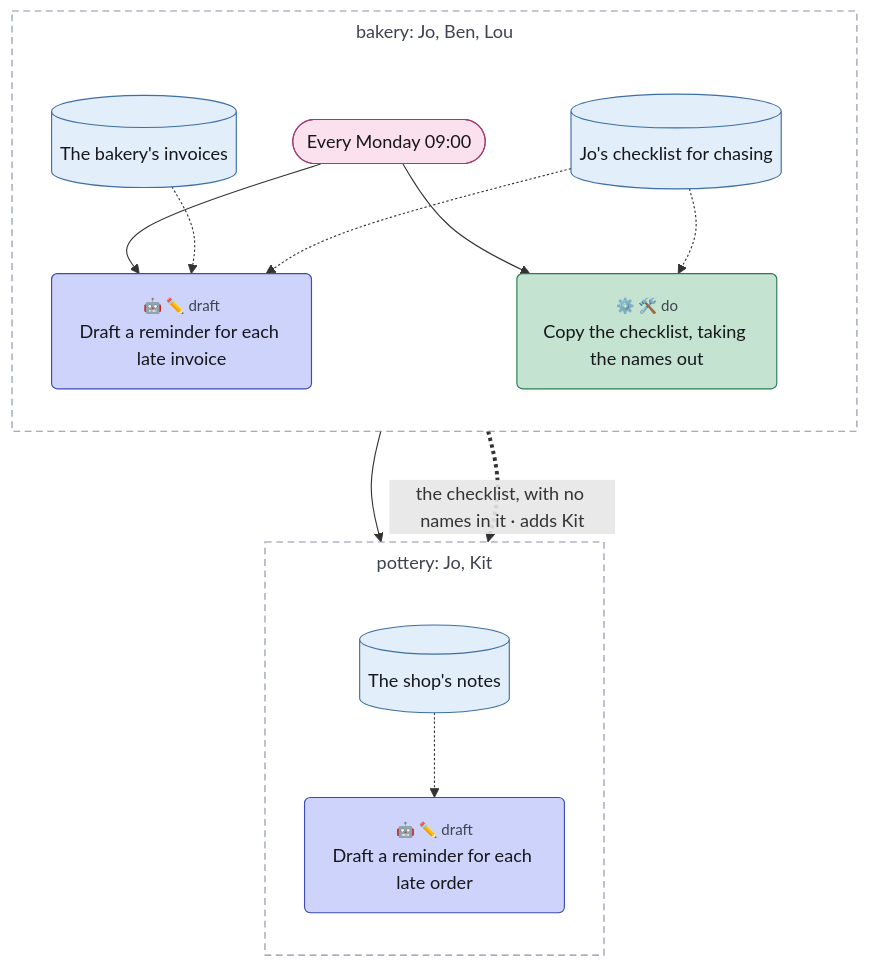
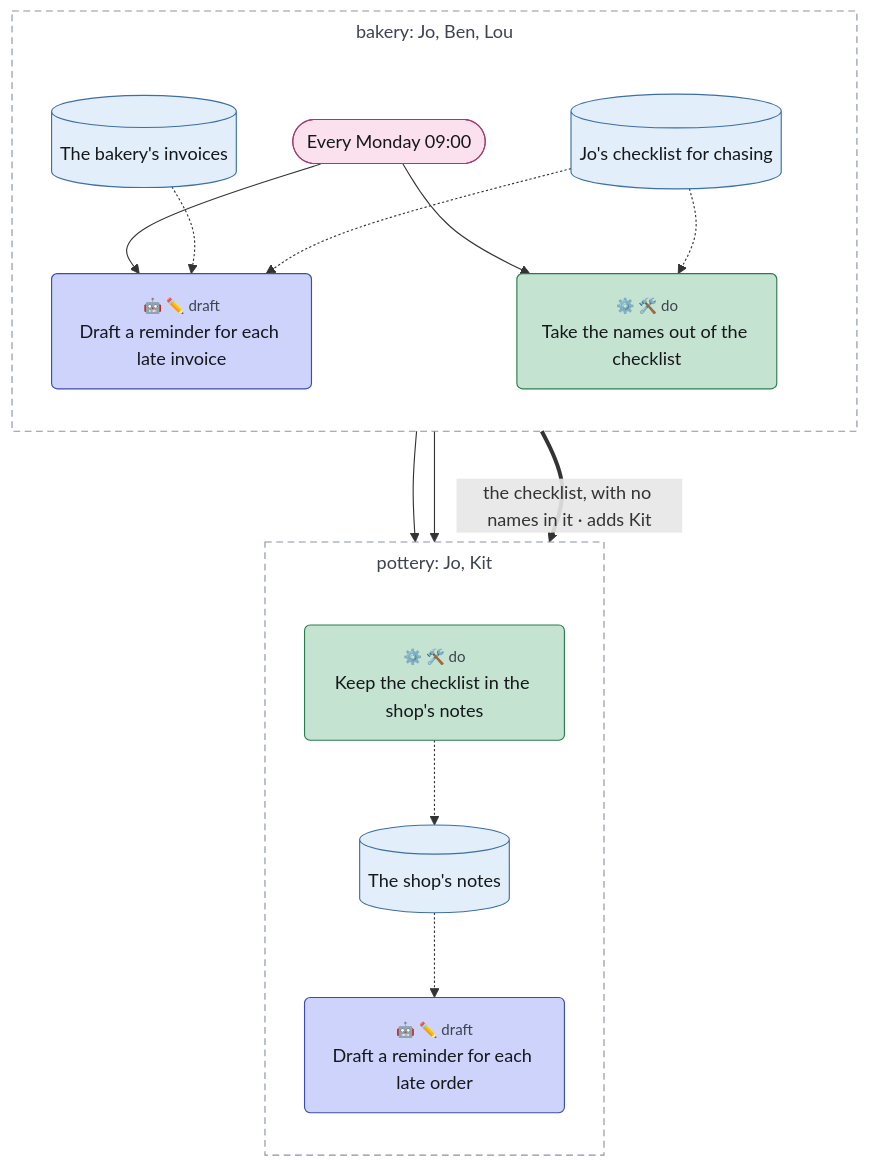
Before and after one commit to chrismdp/awml: the diagram in examples/tour/05-side-by-side.mmd, drawn with Mermaid. The commit also changed 14 other files, not shown here.

```diff
--- a/examples/tour/05-side-by-side.mmd
+++ b/examples/tour/05-side-by-side.mmd
@@ -1,49 +1,51 @@
 ---
 config:
   theme: default
   fontFamily: Inter, sans-serif
   flowchart:
     useMaxWidth: false
     subGraphTitleMargin:
       top: 6
       bottom: 30
 ---
 flowchart TB
   subgraph bakery["bakery#58; Jo#44; Ben#44; Lou"]
     direction TB
     monday(["Every Monday 09#58;00"])
     invoices[("The bakery#39;s invoices")]
     checklist[("Jo#39;s checklist for chasing")]
     chase("<small style='color:rgb(61,67,79)'>🤖 ✏️ draft</small><br>Draft a reminder for each late invoice")
-    copy("<small style='color:rgb(61,67,79)'>⚙️ 🛠️ do</small><br>Copy the checklist#44; taking the names out")
+    copy("<small style='color:rgb(61,67,79)'>⚙️ 🛠️ do</small><br>Take the names out of the checklist")
   end
   subgraph pottery["pottery#58; Jo#44; Kit"]
     direction TB
+    keep("<small style='color:rgb(61,67,79)'>⚙️ 🛠️ do</small><br>Keep the checklist in the shop#39;s notes")
     shop_notes[("The shop#39;s notes")]
     remind("<small style='color:rgb(61,67,79)'>🤖 ✏️ draft</small><br>Draft a reminder for each late order")
   end
 
   monday --> chase
   monday --> copy
   monday --> remind
   invoices -.-> chase
   checklist -.-> chase
   checklist -.-> copy
-  copy ==>|"the checklist#44; with no names in it · adds Kit"| shop_notes
+  copy --> keep
+  copy ==>|"the checklist#44; with no names in it · adds Kit"| keep
+  keep -.-> shop_notes
   shop_notes -.-> remind
   classDef trig fill:#fbe1ee,stroke:#a33a74,color:#16171b
   classDef ctx fill:#e2eef9,stroke:#3d6fa3,color:#16171b
   classDef con fill:#eceef2,stroke:#5d6472,color:#16171b
   classDef surf fill:#ffffff,stroke:#2a2d35,stroke-width:1.5px,color:#16171b
   classDef out fill:#fde4dc,stroke:#b5532f,color:#16171b
   classDef ai fill:#cdd3fb,stroke:#3b4bb0,color:#16171b
   classDef code fill:#c4e3d1,stroke:#2b7a4f,color:#16171b
   classDef person fill:#f7d79a,stroke:#9a6100,color:#16171b
   classDef gap fill:#ffffff,stroke:#8a93a3,stroke-dasharray:4 3,color:#6b7280
   class monday trig
   class invoices,checklist,shop_notes ctx
   class chase,remind ai
-  class copy code
+  class copy,keep code
   style bakery fill:transparent,stroke:#8a93a3,stroke-dasharray:6 4,color:#3d434f
   style pottery fill:transparent,stroke:#8a93a3,stroke-dasharray:6 4,color:#3d434f
-  linkStyle 6 stroke-dasharray:3
```
